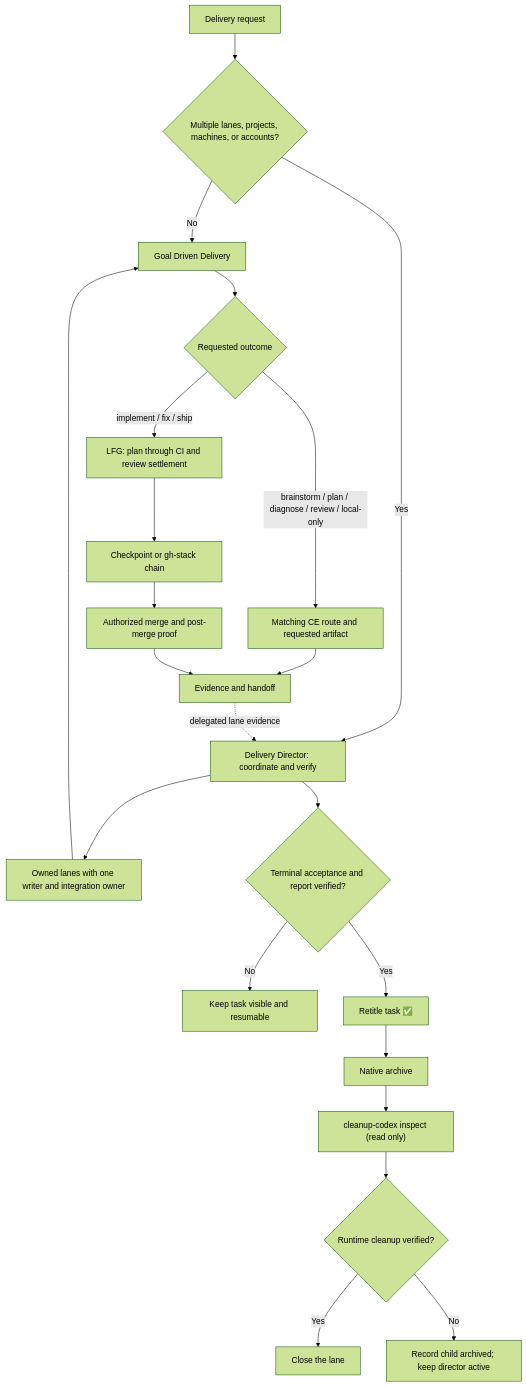
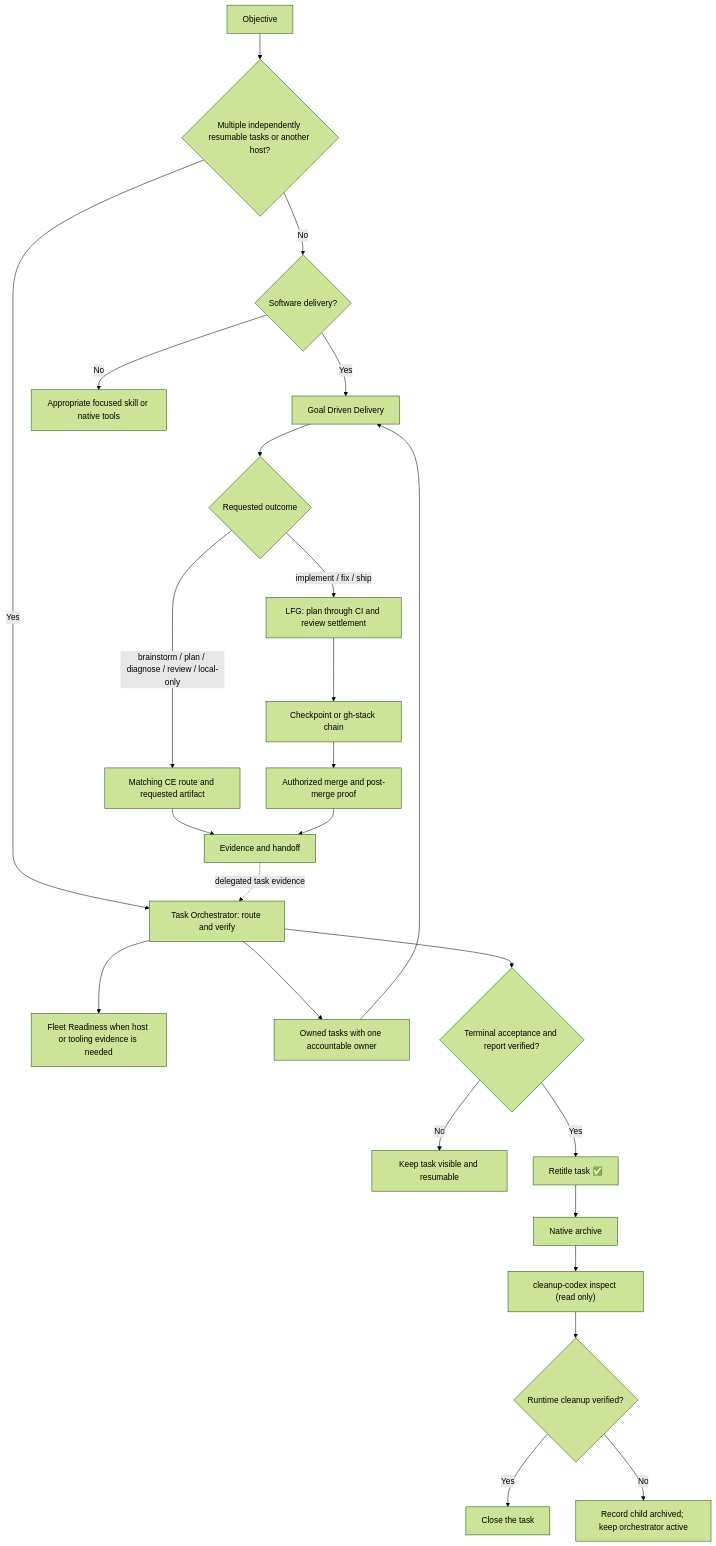
One commit to novotnyllc/agent-utilities changed the diagram in docs/delivery-workflows.md. Above: the diagram before and after it, drawn with Mermaid (forest theme). The commit also changed other lines of this file and 11 other files, not shown here.

Commit message:
feat(workflows): rename task orchestrator

````diff
--- a/docs/delivery-workflows.md
+++ b/docs/delivery-workflows.md
@@ -49,24 +60,27 @@
 ```mermaid
 flowchart TD
-    request["Delivery request"] --> decision{"Multiple lanes, projects, machines, or accounts?"}
-    decision -- No --> gdd["Goal Driven Delivery"]
-    decision -- Yes --> director["Delivery Director: coordinate and verify"]
-    director --> lanes["Owned lanes with one writer and integration owner"]
+    request["Objective"] --> decision{"Multiple independently resumable tasks or another host?"}
+    decision -- No --> kind{"Software delivery?"}
+    kind -- Yes --> gdd["Goal Driven Delivery"]
+    kind -- No --> direct["Appropriate focused skill or native tools"]
+    decision -- Yes --> orchestrator["Task Orchestrator: route and verify"]
+    orchestrator --> readiness["Fleet Readiness when host or tooling evidence is needed"]
+    orchestrator --> lanes["Owned tasks with one accountable owner"]
     lanes --> gdd
     gdd --> intent{"Requested outcome"}
     intent -- "brainstorm / plan / diagnose / review / local-only" --> narrow["Matching CE route and requested artifact"]
     intent -- "implement / fix / ship" --> lfg["LFG: plan through CI and review settlement"]
     lfg --> checkpoint["Checkpoint or gh-stack chain"]
     checkpoint --> merge["Authorized merge and post-merge proof"]
     narrow --> evidence["Evidence and handoff"]
     merge --> evidence
-    evidence -. delegated lane evidence .-> director
-    director --> terminal{"Terminal acceptance and report verified?"}
+    evidence -. delegated task evidence .-> orchestrator
+    orchestrator --> terminal{"Terminal acceptance and report verified?"}
     terminal -- No --> resumable["Keep task visible and resumable"]
     terminal -- Yes --> retitle["Retitle task ✅"]
     retitle --> archive["Native archive"]
     archive --> inspect["cleanup-codex inspect (read only)"]
     inspect --> verified{"Runtime cleanup verified?"}
-    verified -- Yes --> closed["Close the lane"]
-    verified -- No --> unresolved["Record child archived; keep director active"]
+    verified -- Yes --> closed["Close the task"]
+    verified -- No --> unresolved["Record child archived; keep orchestrator active"]
 ```
````
